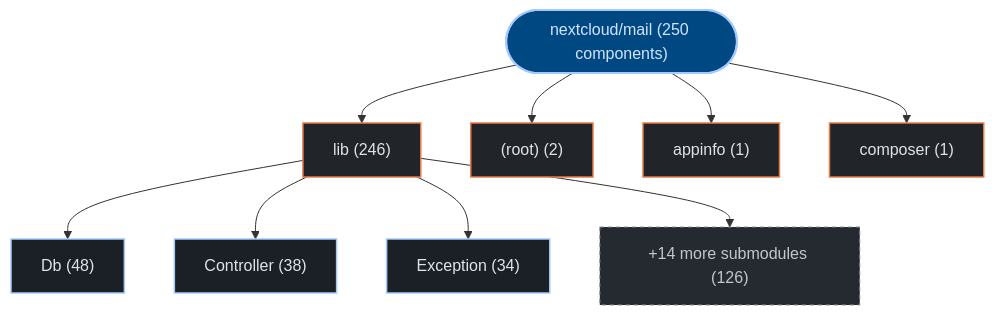
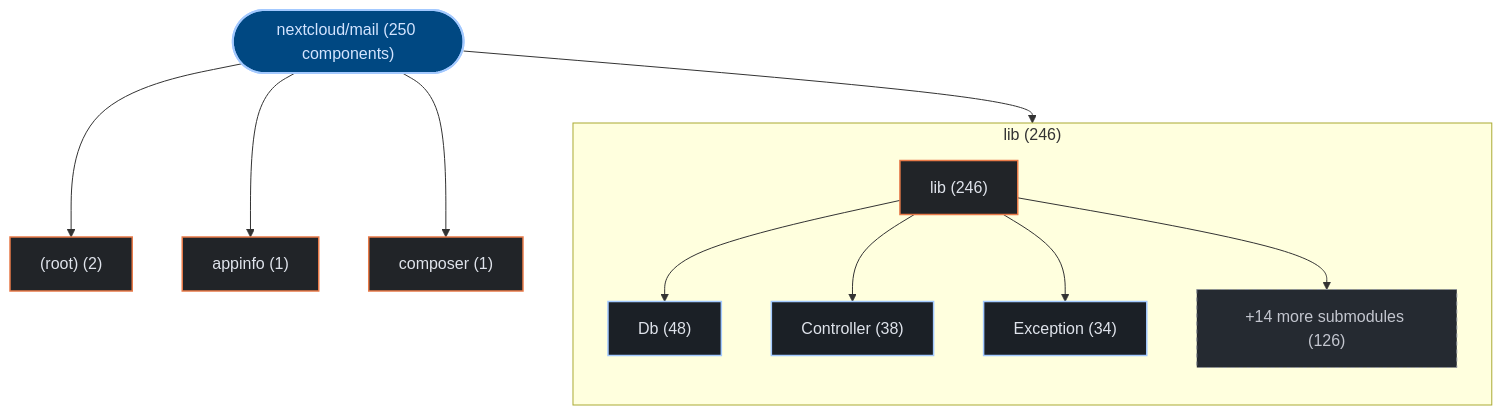
One commit to kumarshaz/atruss-code-atlas changed the first of 3 diagrams in exports/latest/reports/nextcloud-mail-report.md. Above: the diagram before and after it, drawn with Mermaid. The commit also changed 178 other files, not shown here.

Commit message:
feat(ui,mermaid): upgrade to mermaid v12 + ELK layout, add orgs-summary + pagination, subgraph building blocks, fix tab alignment

````diff
--- a/exports/latest/reports/nextcloud-mail-report.md
+++ b/exports/latest/reports/nextcloud-mail-report.md
@@ -42,27 +42,30 @@
 ```mermaid
 graph TD;
   classDef atlasRoot fill:#004882,stroke:#a3c9ff,stroke-width:2px,color:#d3e4ff
   classDef atlasCategory fill:#212428,stroke:#E87A48,stroke-width:1.5px,color:#dfe3eb
   classDef atlasWorkflow fill:#1b2026,stroke:#a3c9ff,stroke-width:1.5px,color:#dfe3eb
   classDef atlasJob fill:#171c22,stroke:#8d9199,stroke-width:1px,color:#dfe3eb
   classDef atlasTarget fill:#005227,stroke:#8bd99b,stroke-width:1.5px,color:#a7f6b6
   classDef atlasAlert fill:#93000a,stroke:#ffb4ab,stroke-width:1.5px,color:#ffdad6
   classDef atlasMore fill:#252a31,stroke:#8d9199,stroke-dasharray:4 4,color:#c3c6cf
     repo_root(["nextcloud/mail (250 components)"]):::atlasRoot
-    dir_0_lib["lib (246)"]:::atlasCategory
+    subgraph sg_dir_0_lib["lib (246)"]
+      direction TB
+      dir_0_lib["lib (246)"]:::atlasCategory
+      sub_0_0_Db["Db (48)"]:::atlasWorkflow
+      dir_0_lib --> sub_0_0_Db
+      sub_0_1_Controller["Controller (38)"]:::atlasWorkflow
+      dir_0_lib --> sub_0_1_Controller
+      sub_0_2_Exception["Exception (34)"]:::atlasWorkflow
+      dir_0_lib --> sub_0_2_Exception
+      sub_0_more["+14 more submodules (126)"]:::atlasMore
+      dir_0_lib --> sub_0_more
+    end
     repo_root --> dir_0_lib
-    sub_0_0_Db["Db (48)"]:::atlasWorkflow
-    dir_0_lib --> sub_0_0_Db
-    sub_0_1_Controller["Controller (38)"]:::atlasWorkflow
-    dir_0_lib --> sub_0_1_Controller
-    sub_0_2_Exception["Exception (34)"]:::atlasWorkflow
-    dir_0_lib --> sub_0_2_Exception
-    sub_0_more["+14 more submodules (126)"]:::atlasMore
-    dir_0_lib --> sub_0_more
     dir_1__root_["(root) (2)"]:::atlasCategory
     repo_root --> dir_1__root_
     dir_2_appinfo["appinfo (1)"]:::atlasCategory
     repo_root --> dir_2_appinfo
     dir_3_composer["composer (1)"]:::atlasCategory
     repo_root --> dir_3_composer
 ```
````
